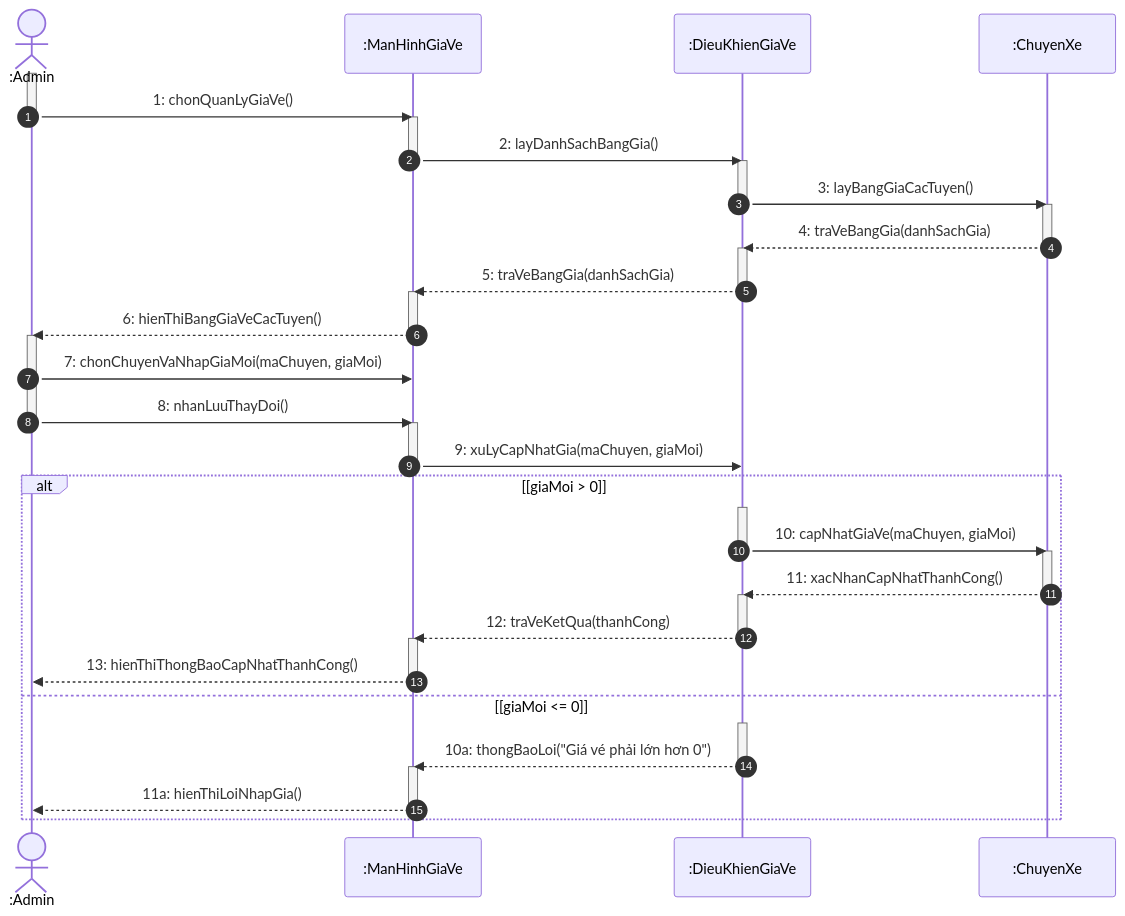
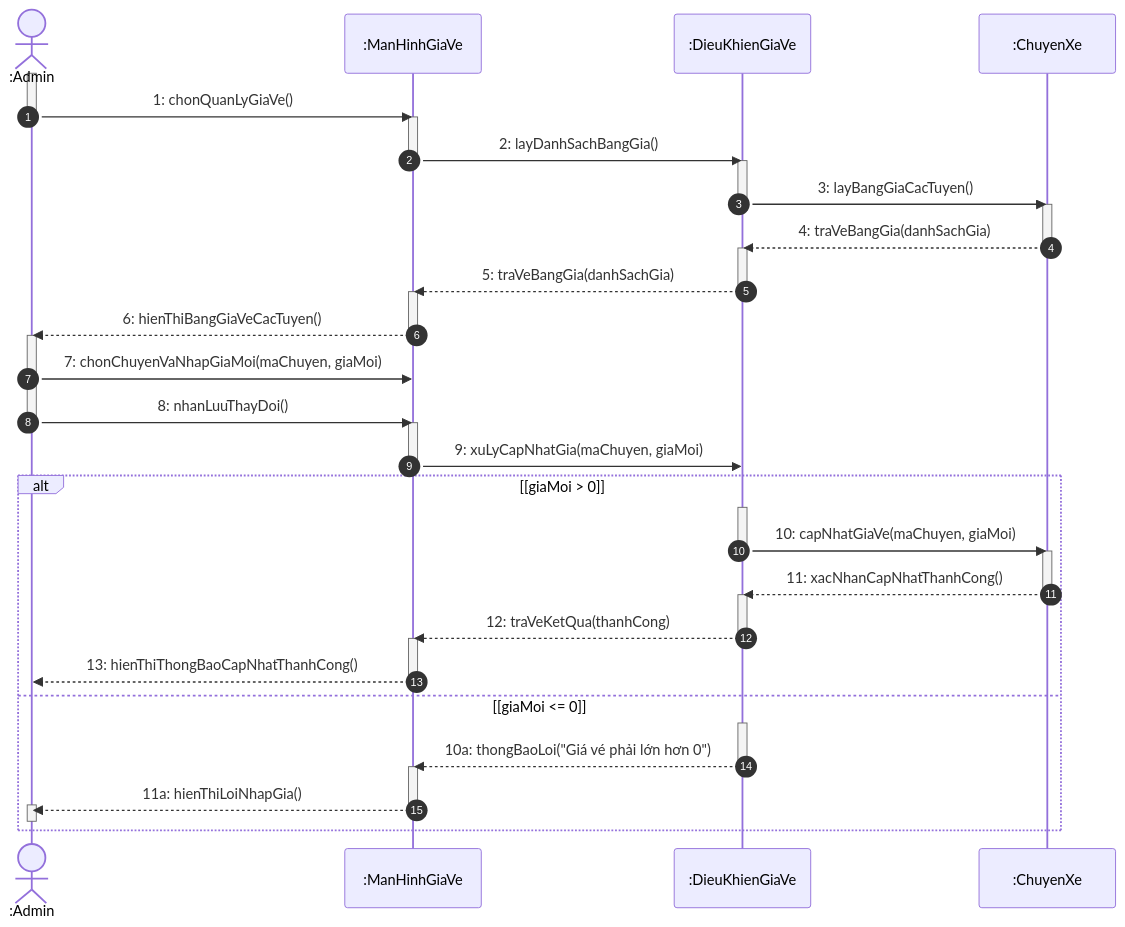
Diagram 16 of 20 in docs/sequence/Sequence_diagram.md (Longcodepro/Project_OOAD_HK1_2026-2027), drawn with Mermaid before and after one commit. The commit also changed other lines of this file, not shown here.

Commit message:
Add 2.18 (UC18) in sequence diagram

````diff
--- a/docs/sequence/Sequence_diagram.md
+++ b/docs/sequence/Sequence_diagram.md
@@ -1331,61 +1251,61 @@
 ```mermaid
 sequenceDiagram
     autonumber
     actor AD as :Admin
     participant MH_GV as :ManHinhGiaVe
     participant DK_GV as :DieuKhienGiaVe
     participant CX as :ChuyenXe
 
     %% Xem bảng giá vé
     activate AD
     AD ->> MH_GV: 1: chonQuanLyGiaVe()
     deactivate AD
     activate MH_GV
     MH_GV ->> DK_GV: 2: layDanhSachBangGia()
     deactivate MH_GV
     activate DK_GV
     DK_GV ->> CX: 3: layBangGiaCacTuyen()
     deactivate DK_GV
     activate CX
     CX -->> DK_GV: 4: traVeBangGia(danhSachGia)
     deactivate CX
     activate DK_GV
     DK_GV -->> MH_GV: 5: traVeBangGia(danhSachGia)
     deactivate DK_GV
     activate MH_GV
     MH_GV -->> AD: 6: hienThiBangGiaVeCacTuyen()
     deactivate MH_GV
 
     %% Cập nhật giá vé
     activate AD
     AD ->> MH_GV: 7: chonChuyenVaNhapGiaMoi(maChuyen, giaMoi)
-    deactivate AD
-    activate AD
     AD ->> MH_GV: 8: nhanLuuThayDoi()
     deactivate AD
     activate MH_GV
     MH_GV ->> DK_GV: 9: xuLyCapNhatGia(maChuyen, giaMoi)
     deactivate MH_GV
 
     alt [giaMoi > 0]
         activate DK_GV
         DK_GV ->> CX: 10: capNhatGiaVe(maChuyen, giaMoi)
         deactivate DK_GV
         activate CX
         CX -->> DK_GV: 11: xacNhanCapNhatThanhCong()
         deactivate CX
         activate DK_GV
         DK_GV -->> MH_GV: 12: traVeKetQua(thanhCong)
         deactivate DK_GV
         activate MH_GV
         MH_GV -->> AD: 13: hienThiThongBaoCapNhatThanhCong()
         deactivate MH_GV
     else [giaMoi <= 0]
         activate DK_GV
         DK_GV -->> MH_GV: 10a: thongBaoLoi("Giá vé phải lớn hơn 0")
         deactivate DK_GV
         activate MH_GV
         MH_GV -->> AD: 11a: hienThiLoiNhapGia()
         deactivate MH_GV
+        activate AD
+        deactivate AD
     end
 ```
````
